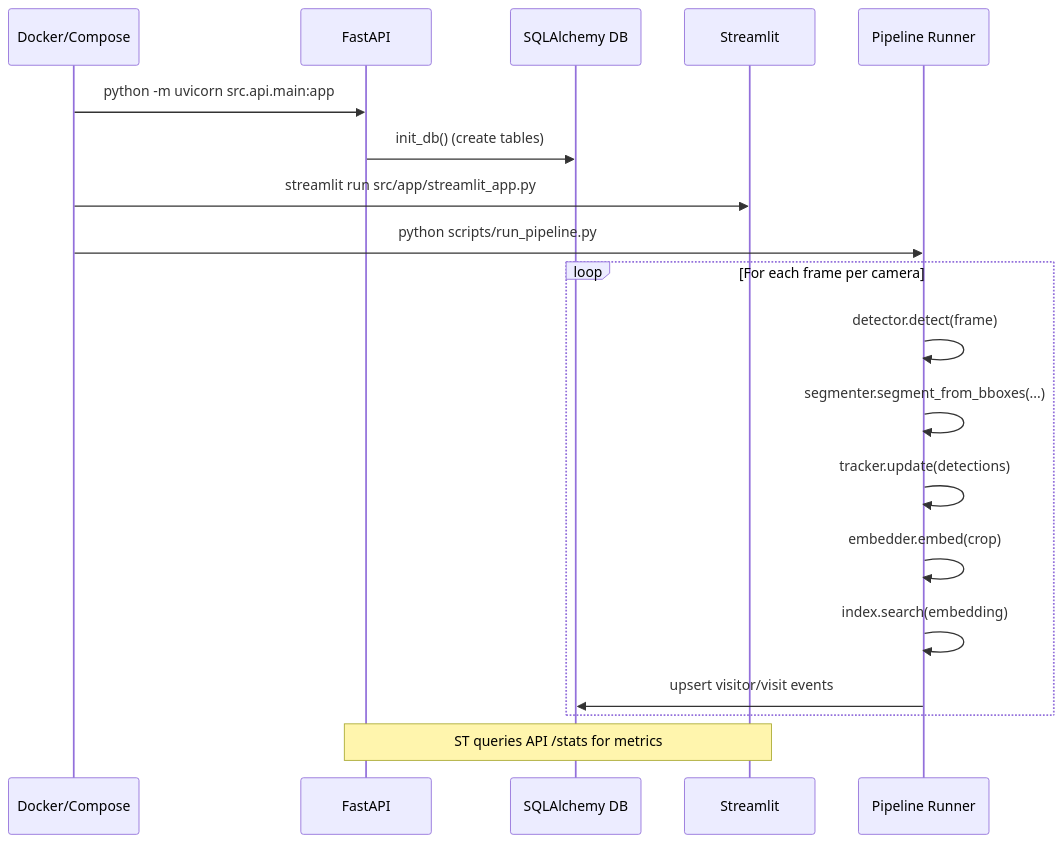
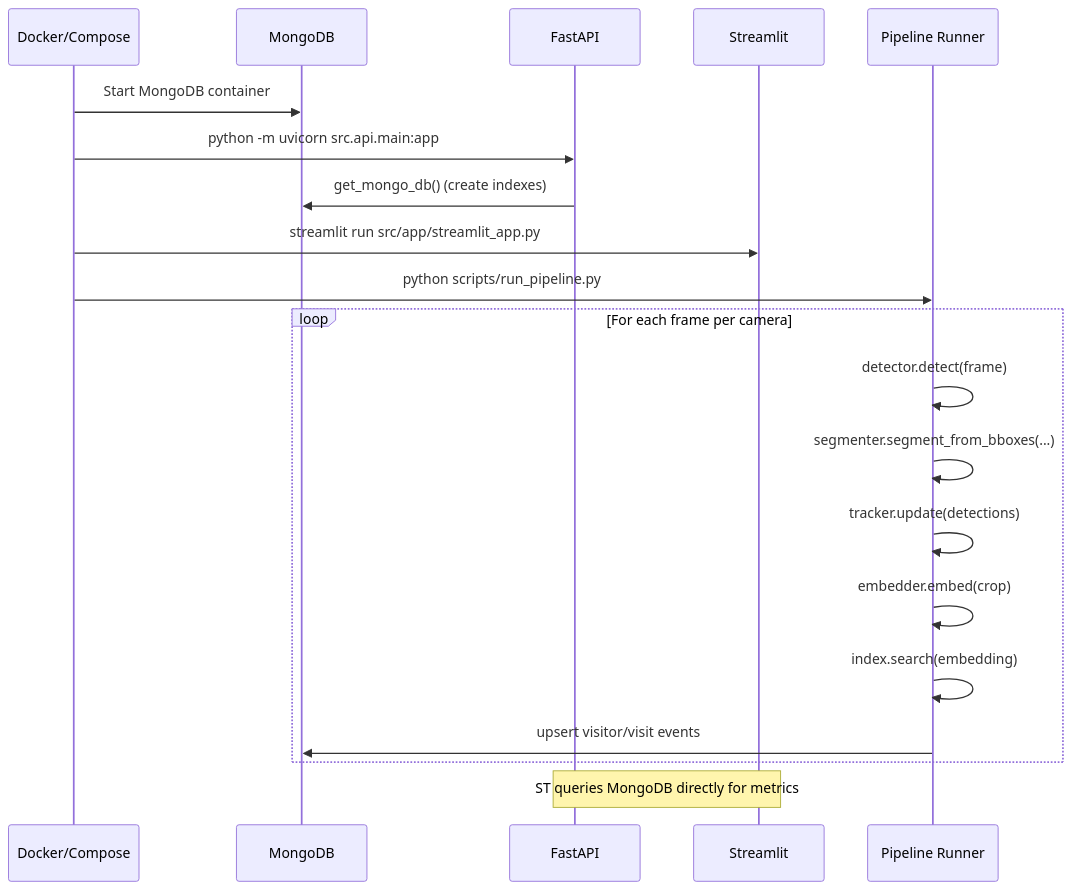
The second of 2 diagrams in README.md (VinACE/yolov11GT), drawn with Mermaid before and after one commit. The commit also changed other lines of this file and 12 other files, not shown here.

````diff
--- a/README.md
+++ b/README.md
@@ -118,22 +118,23 @@
 ```mermaid
 sequenceDiagram
     participant D as Docker/Compose
+    participant M as MongoDB
     participant API as FastAPI
-    participant DB as SQLAlchemy DB
     participant ST as Streamlit
     participant P as Pipeline Runner
 
+    D->>M: Start MongoDB container
     D->>API: python -m uvicorn src.api.main:app
-    API->>DB: init_db() (create tables)
+    API->>M: get_mongo_db() (create indexes)
     D->>ST: streamlit run src/app/streamlit_app.py
     D->>P: python scripts/run_pipeline.py
     loop For each frame per camera
         P->>P: detector.detect(frame)
         P->>P: segmenter.segment_from_bboxes(...)
         P->>P: tracker.update(detections)
         P->>P: embedder.embed(crop)
         P->>P: index.search(embedding)
-        P->>DB: upsert visitor/visit events
+        P->>M: upsert visitor/visit events
     end
-    Note over API,ST: ST queries API /stats for metrics
+    Note over API,ST: ST queries MongoDB directly for metrics
 ```
````
